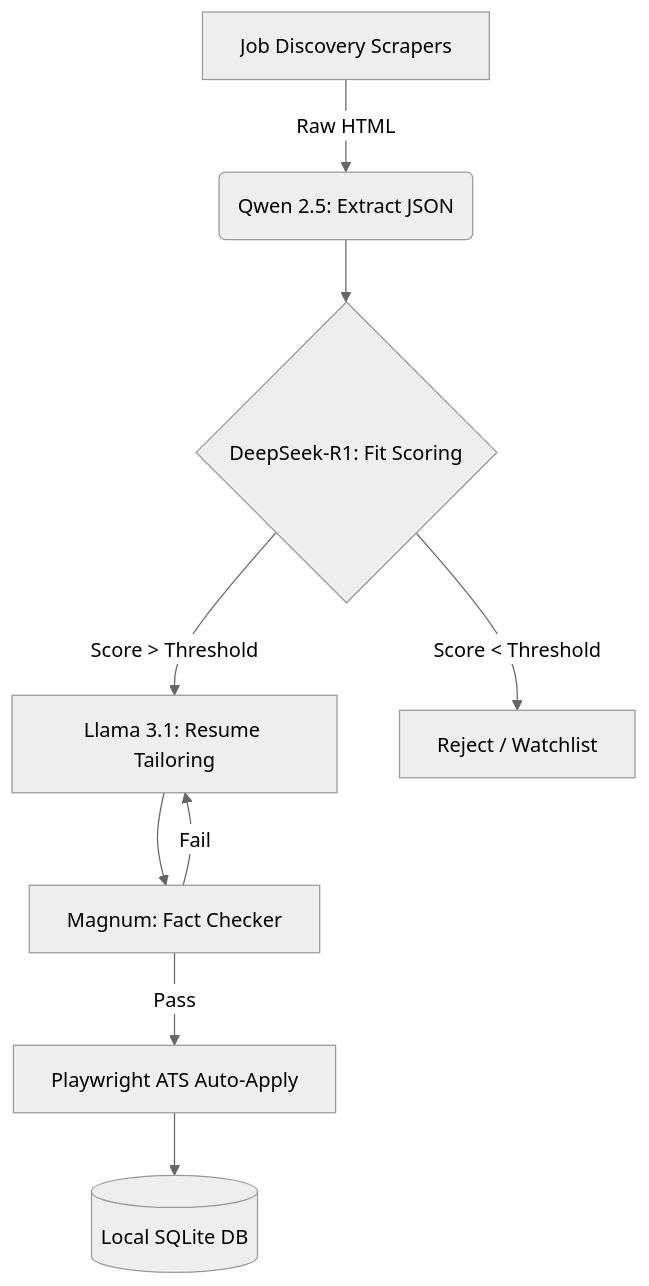
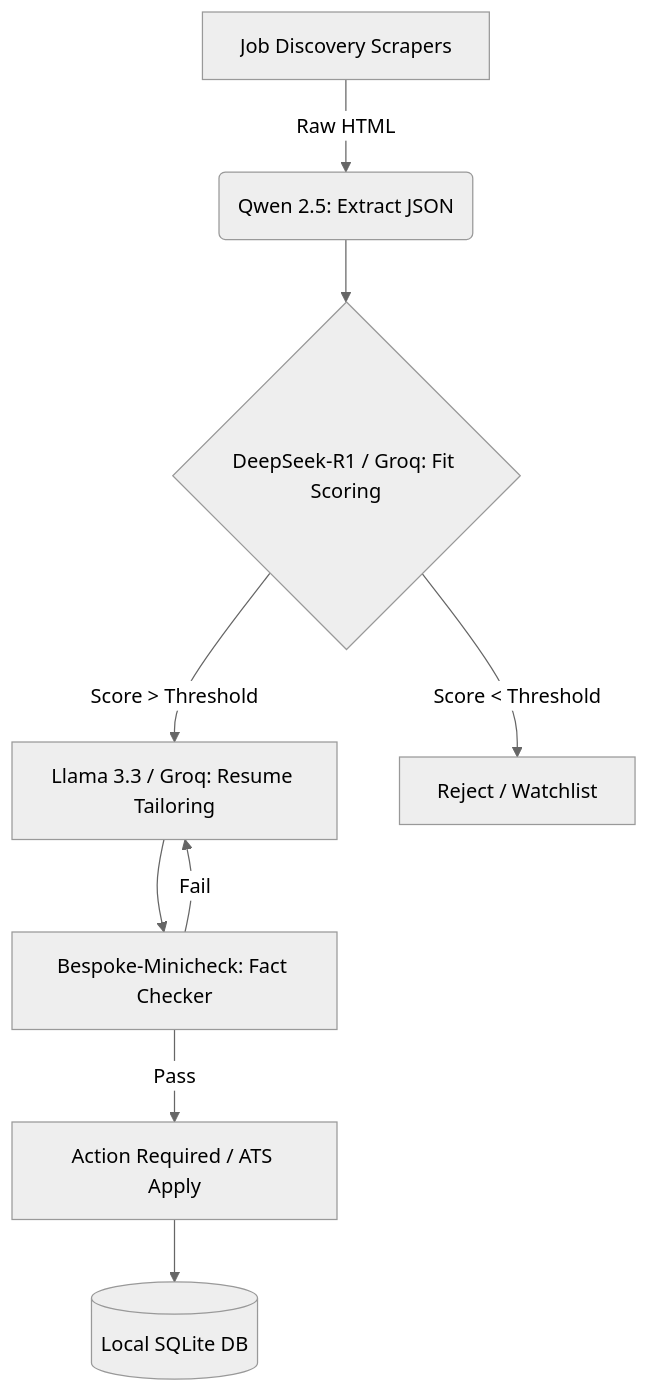
One commit to SVSPraveen/SPrav-Job-AI changed the diagram in README.md. Above: the diagram before and after it, drawn with Mermaid (neutral theme). The commit also changed other lines of this file and 46 other files, not shown here.

Commit message:
feat: migrate to 3-tier limit architecture, fix copilot auth, and update documentation

````diff
--- a/README.md
+++ b/README.md
@@ -68,11 +85,11 @@
 ```mermaid
 graph TD;
     A[Job Discovery Scrapers] -->|Raw HTML| B(Qwen 2.5: Extract JSON);
-    B --> C{DeepSeek-R1: Fit Scoring};
-    C -->|Score > Threshold| D[Llama 3.1: Resume Tailoring];
+    B --> C{DeepSeek-R1 / Groq: Fit Scoring};
+    C -->|Score > Threshold| D[Llama 3.3 / Groq: Resume Tailoring];
     C -->|Score < Threshold| E[Reject / Watchlist];
-    D --> F[Magnum: Fact Checker];
-    F -->|Pass| G[Playwright ATS Auto-Apply];
+    D --> F[Bespoke-Minicheck: Fact Checker];
+    F -->|Pass| G[Action Required / ATS Apply];
     F -->|Fail| D;
     G --> H[(Local SQLite DB)];
 ```
````
